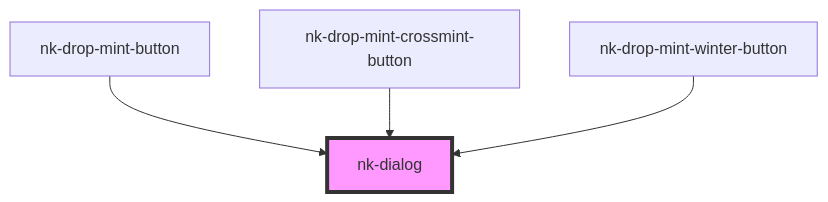
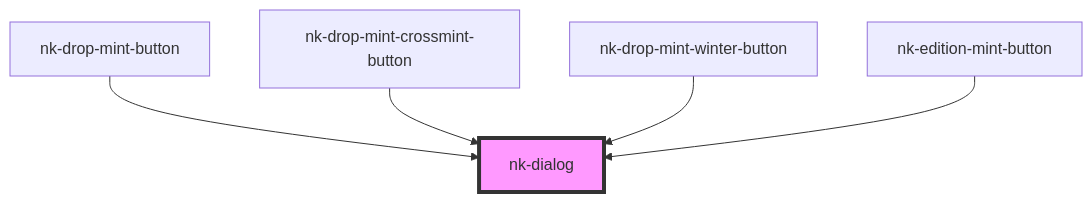
One commit to niftykit-inc/niftykit-sdk changed the diagram in packages/widgets/src/components/nk-dialog/readme.md. Above: the diagram before and after it, drawn with Mermaid. The commit also changed other lines of this file and 9 other files, not shown here.

````diff
--- a/packages/widgets/src/components/nk-dialog/readme.md
+++ b/packages/widgets/src/components/nk-dialog/readme.md
@@ -26,7 +27,8 @@
 ```mermaid
 graph TD;
   nk-drop-mint-button --> nk-dialog
   nk-drop-mint-crossmint-button --> nk-dialog
   nk-drop-mint-winter-button --> nk-dialog
+  nk-edition-mint-button --> nk-dialog
   style nk-dialog fill:#f9f,stroke:#333,stroke-width:4px
 ```
````
